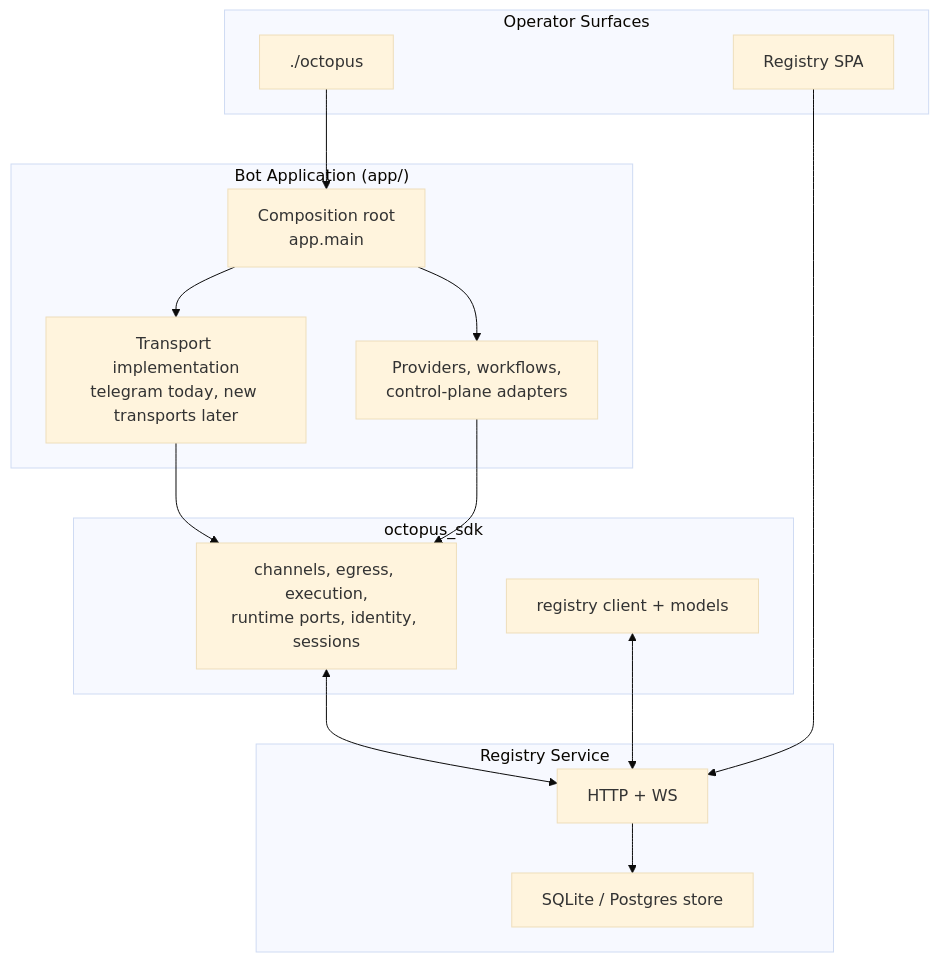
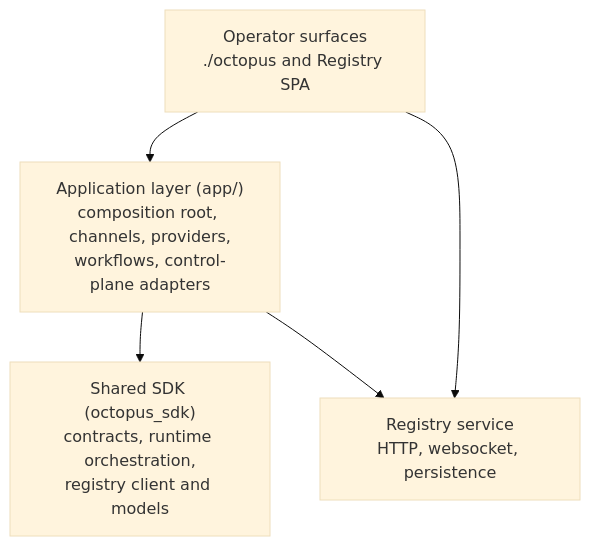
One commit to privacynow/octopus changed the second of 7 diagrams in ARCHITECTURE.md. Above: the diagram before and after it, drawn with Mermaid (base theme). The commit also changed other lines of this file, not shown here.

Commit message:
arch update

````diff
--- a/ARCHITECTURE.md
+++ b/ARCHITECTURE.md
@@ -35,33 +39,12 @@
 ```mermaid
 flowchart TB
-    subgraph Ops["Operator Surfaces"]
-        CLI["./octopus"]
-        UI["Registry SPA"]
-    end
+    Ops["Operator surfaces<br/>./octopus and Registry SPA"]
+    App["Application layer (app/)<br/>composition root, channels, providers,<br/>workflows, control-plane adapters"]
+    SDK["Shared SDK (octopus_sdk)<br/>contracts, runtime orchestration,<br/>registry client and models"]
+    Registry["Registry service<br/>HTTP, websocket, persistence"]
 
-    subgraph App["Bot Application (app/)"]
-        Main["Composition root<br/>app.main"]
-        Ch["Transport implementation<br/>telegram today, new transports later"]
-        Impl["Providers, workflows,<br/>control-plane adapters"]
-    end
-
-    subgraph SDK["octopus_sdk"]
-        RegSdk["registry client + models"]
-        CoreSdk["channels, egress, execution,<br/>runtime ports, identity, sessions"]
-    end
-
-    subgraph Registry["Registry Service"]
-        Api["HTTP + WS"]
-        Store["SQLite / Postgres store"]
-    end
-
-    CLI --> Main
-    Main --> Ch
-    Main --> Impl
-    Ch --> CoreSdk
-    Impl --> CoreSdk
-    CoreSdk <--> Api
-    RegSdk <--> Api
-    UI --> Api
-    Api --> Store
+    Ops --> App
+    Ops --> Registry
+    App --> SDK
+    App --> Registry
 ```
````
